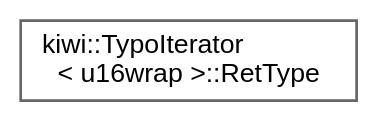
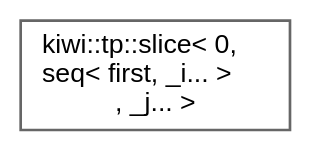
Before and after one commit to bab2min/Kiwi: the diagram in inherit_graph_82.dot, drawn with Graphviz. The commit also changed 333 other files, not shown here.

```diff
--- a/inherit_graph_82.dot
+++ b/inherit_graph_82.dot
@@ -1,9 +1,9 @@
 digraph "Graphical Class Hierarchy"
 {
  // LATEX_PDF_SIZE
   bgcolor="transparent";
   edge [fontname=Helvetica,fontsize=10,labelfontname=Helvetica,labelfontsize=10];
   node [fontname=Helvetica,fontsize=10,shape=box,height=0.2,width=0.4];
   rankdir="LR";
-  Node0 [id="Node000000",label="kiwi::TypoIterator\l\< u16wrap \>::RetType",height=0.2,width=0.4,color="grey40", fillcolor="white", style="filled",URL="$structkiwi_1_1TypoIterator_1_1RetType.html",tooltip=" "];
+  Node0 [id="Node000000",label="kiwi::tp::slice\< 0,\l seq\< first, _i... \>\l, _j... \>",height=0.2,width=0.4,color="grey40", fillcolor="white", style="filled",URL="$structkiwi_1_1tp_1_1slice_3_010_00_01seq_3_01first_00_01__i_8_8_8_01_4_00_01__j_8_8_8_01_4.html",tooltip=" "];
 }
```
